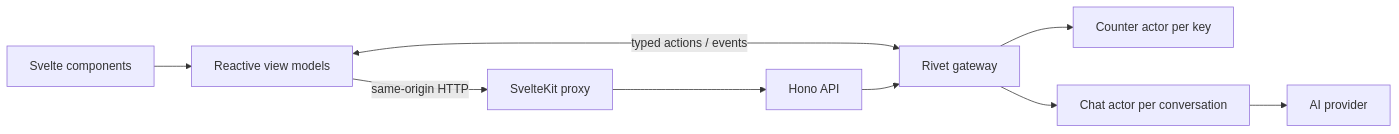
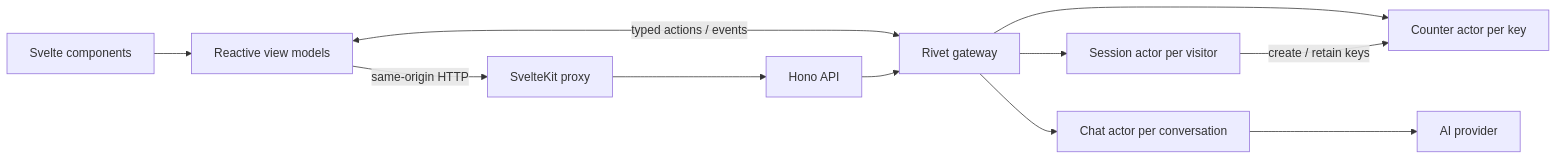
The diagram in docs/architecture.md (brittianwarner/rivet-svelte-ai), drawn with Mermaid before and after one commit. The commit also changed other lines of this file and 38 other files, not shown here.

````diff
--- a/docs/architecture.md
+++ b/docs/architecture.md
@@ -3,11 +3,13 @@
 ```mermaid
 flowchart LR
   Page[Svelte components] --> VM[Reactive view models]
   VM <-->|typed actions / events| Gateway[Rivet gateway]
   VM -->|same-origin HTTP| Kit[SvelteKit proxy]
   Kit --> API[Hono API]
   API --> Gateway
   Gateway --> Counter[Counter actor per key]
+  Gateway --> Session[Session actor per visitor]
+  Session -->|create / retain keys| Counter
   Gateway --> Chat[Chat actor per conversation]
   Chat --> Model[AI provider]
 ```
````
